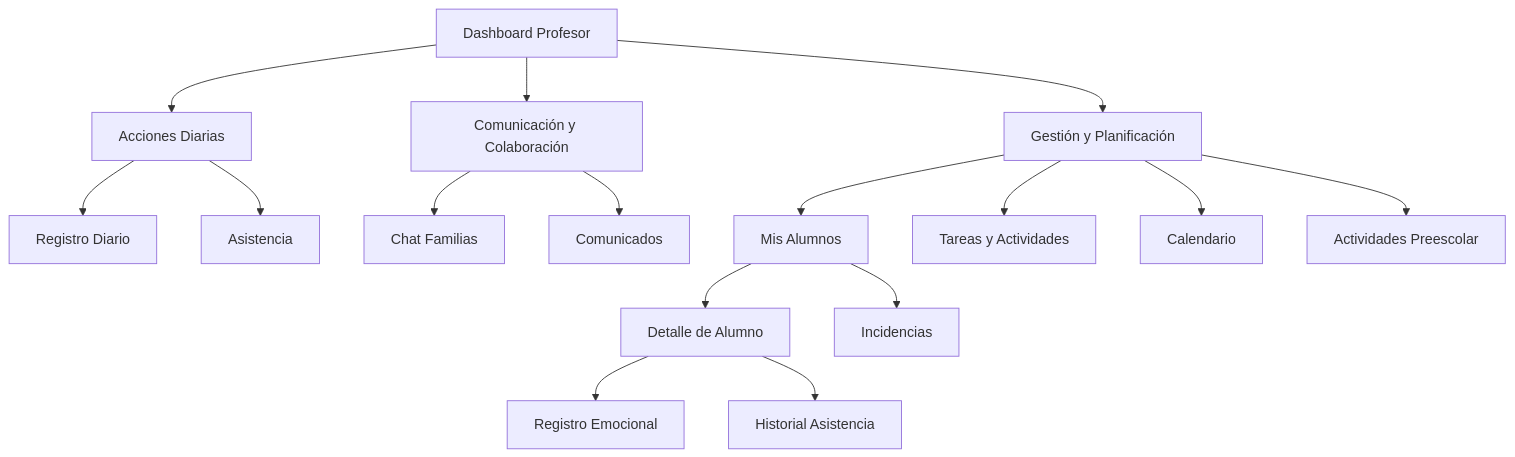
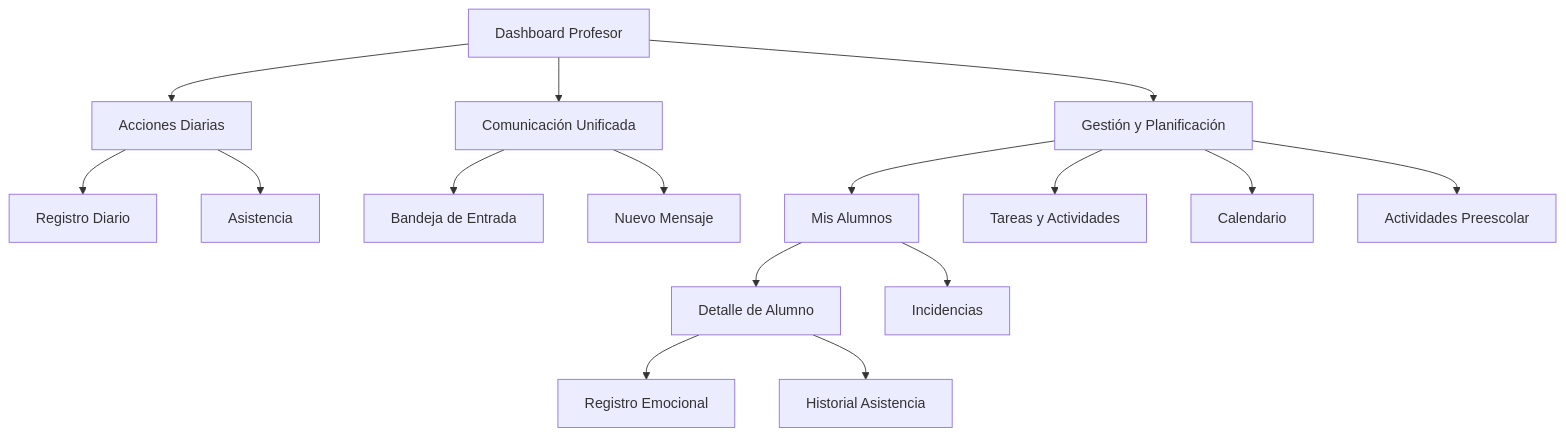
One commit to Nojabeach/UmeEgunero changed the fourth of 6 diagrams in docs/Manual_Usuario.md. Above: the diagram before and after it, drawn with Mermaid. The commit also changed other lines of this file and 112 other files, not shown here.

````diff
--- a/docs/Manual_Usuario.md
+++ b/docs/Manual_Usuario.md
@@ -178,23 +181,23 @@
 ```mermaid
 flowchart TD
     Profesor[Dashboard Profesor] --> AccionesDiarias[Acciones Diarias]
-    Profesor --> ComunicacionCol[Comunicación y Colaboración]
+    Profesor --> ComUnificada[Comunicación Unificada]
     Profesor --> GestionPlanif[Gestión y Planificación]
     
     AccionesDiarias --> RegistroDiario[Registro Diario]
     AccionesDiarias --> Asistencia[Asistencia]
     
-    ComunicacionCol --> ChatFamilias[Chat Familias]
-    ComunicacionCol --> Comunicados[Comunicados]
+    ComUnificada --> Bandeja[Bandeja de Entrada]
+    ComUnificada --> Nuevo[Nuevo Mensaje]
     
     GestionPlanif --> MisAlumnos[Mis Alumnos]
     GestionPlanif --> Tareas[Tareas y Actividades]
     GestionPlanif --> Calendario[Calendario]
     GestionPlanif --> ActividadesPreescolar[Actividades Preescolar]
     
     MisAlumnos --> DetalleAlumno[Detalle de Alumno]
     MisAlumnos --> Incidencias[Incidencias]
     
     DetalleAlumno --> RegistroEmoc[Registro Emocional]
     DetalleAlumno --> HistorialAsist[Historial Asistencia]
 ```
````
